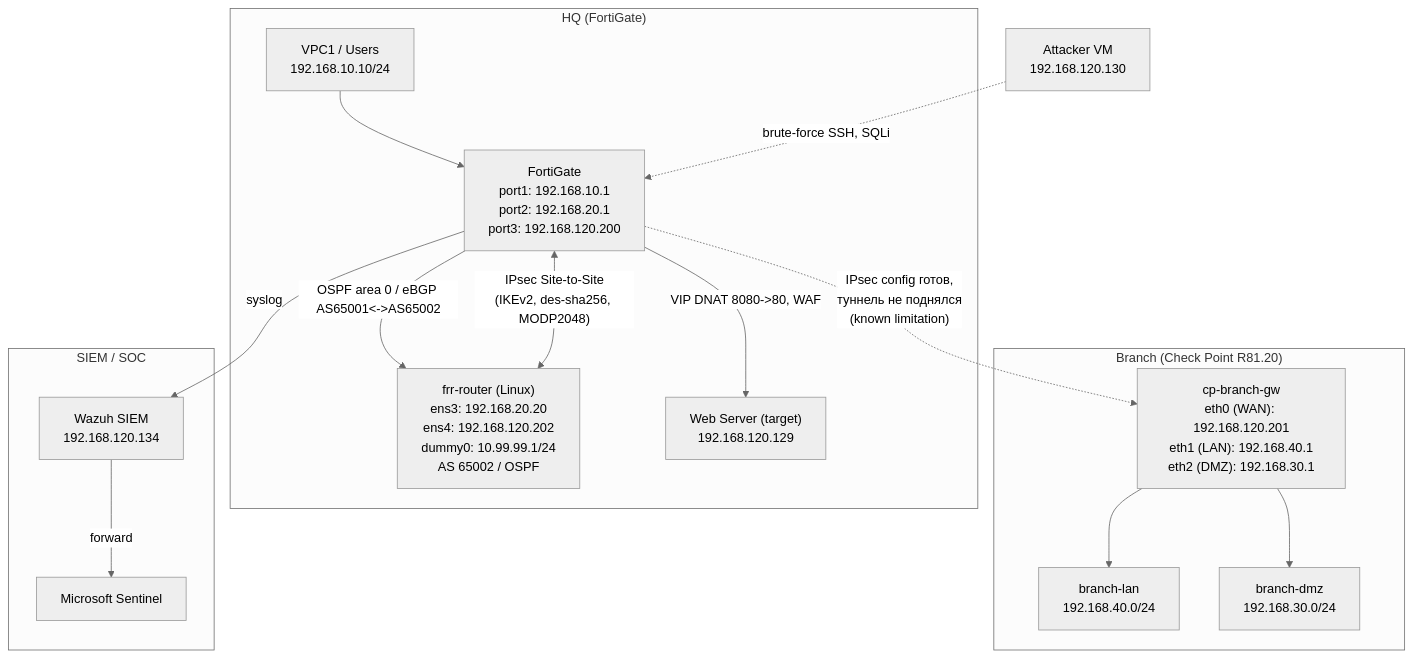
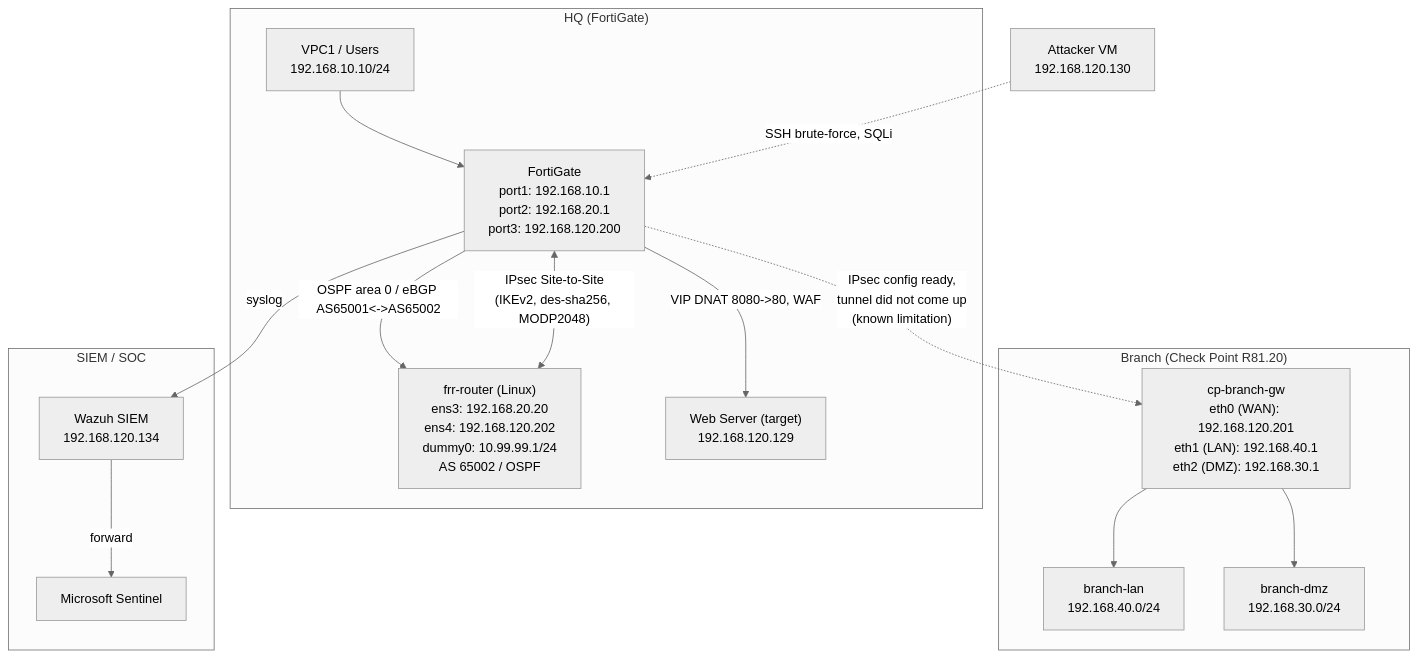
One commit to deniskapolishuk2012/fortigate-checkpoint-security-lab changed the first of 2 diagrams in README.md. Above: the diagram before and after it, drawn with Mermaid (neutral theme). The commit also changed other lines of this file, not shown here.

````diff
--- a/README.md
+++ b/README.md
@@ -16,34 +17,34 @@
 ```mermaid
 graph TB
     subgraph HQ["HQ (FortiGate)"]
         VPC1["VPC1 / Users<br/>192.168.10.10/24"]
         FG["FortiGate<br/>port1: 192.168.10.1<br/>port2: 192.168.20.1<br/>port3: 192.168.120.200"]
         FRR["frr-router (Linux)<br/>ens3: 192.168.20.20<br/>ens4: 192.168.120.202<br/>dummy0: 10.99.99.1/24<br/>AS 65002 / OSPF"]
         WEB["Web Server (target)<br/>192.168.120.129"]
     end
 
     subgraph BRANCH["Branch (Check Point R81.20)"]
         CP["cp-branch-gw<br/>eth0 (WAN): 192.168.120.201<br/>eth1 (LAN): 192.168.40.1<br/>eth2 (DMZ): 192.168.30.1"]
         BLAN["branch-lan<br/>192.168.40.0/24"]
         BDMZ["branch-dmz<br/>192.168.30.0/24"]
     end
 
     subgraph SOC["SIEM / SOC"]
         WAZUH["Wazuh SIEM<br/>192.168.120.134"]
         SENTINEL["Microsoft Sentinel"]
     end
 
     ATTACKER["Attacker VM<br/>192.168.120.130"]
 
     VPC1 --> FG
     FG -->|OSPF area 0 / eBGP AS65001<->AS65002| FRR
     FG -->|VIP DNAT 8080->80, WAF| WEB
     FG <-->|"IPsec Site-to-Site<br/>(IKEv2, des-sha256, MODP2048)"| FRR
-    FG -.->|"IPsec config готов,<br/>туннель не поднялся<br/>(known limitation)"| CP
+    FG -.->|"IPsec config ready,<br/>tunnel did not come up<br/>(known limitation)"| CP
     CP --> BLAN
     CP --> BDMZ
 
     FG -->|syslog| WAZUH
     WAZUH -->|forward| SENTINEL
-    ATTACKER -.->|brute-force SSH, SQLi| FG
+    ATTACKER -.->|SSH brute-force, SQLi| FG
 ```
````
